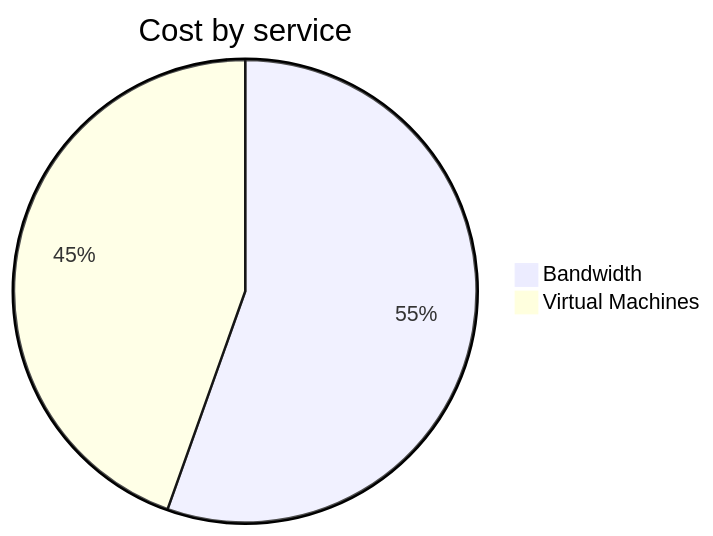
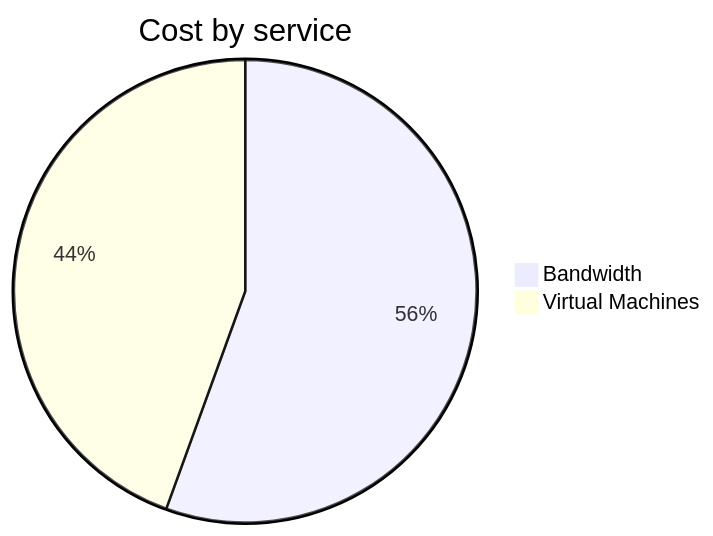
The second of 4 diagrams in cost-reports/personal-network/vpn-server.md (jpfulton/azure-personal-reports), drawn with Mermaid before and after one commit. The commit also changed other lines of this file and 7 other files, not shown here.

````diff
--- a/cost-reports/personal-network/vpn-server.md
+++ b/cost-reports/personal-network/vpn-server.md
@@ -96,6 +96,6 @@
 ```mermaid
 pie
    title Cost by service
-   "Bandwidth" : 4.68
-   "Virtual Machines" : 3.76
+   "Bandwidth" : 4.91
+   "Virtual Machines" : 3.93
 ```
````
